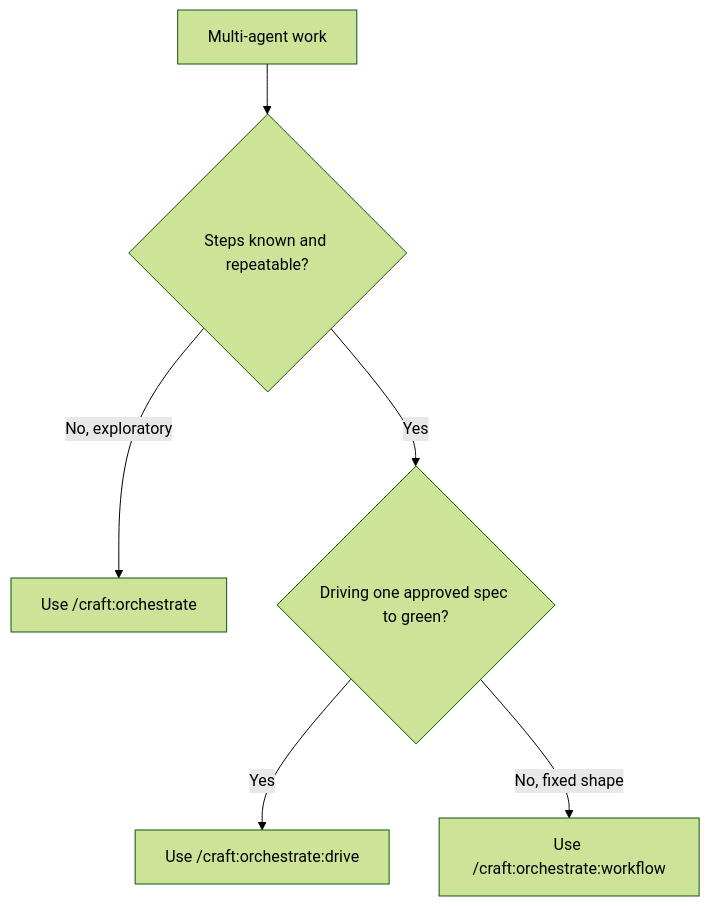
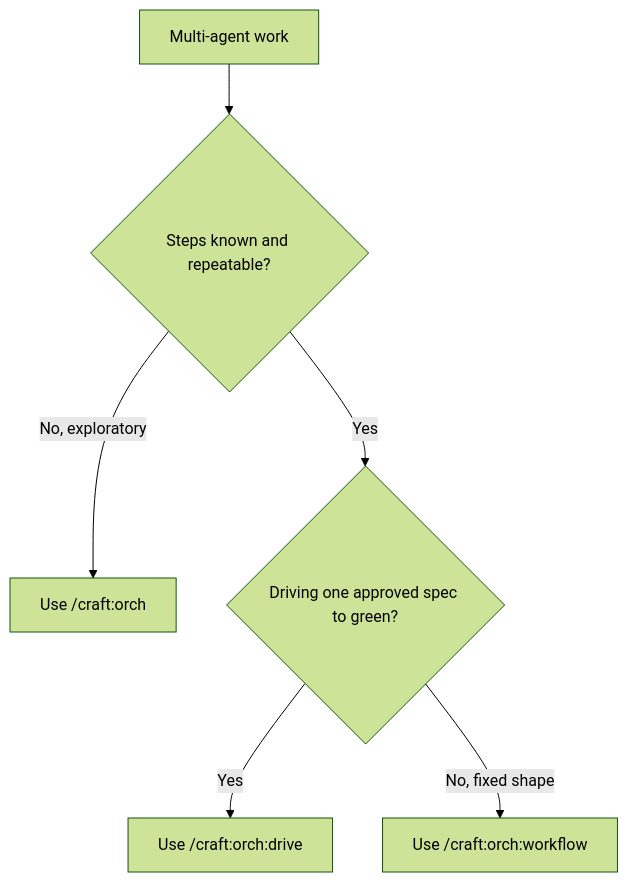
Before and after one commit to Data-Wise/craft: the diagram in docs/help/orchestrate-workflow.md, drawn with Mermaid (forest theme). The commit also changed other lines of this file and 98 other files, not shown here.

````diff
--- a/docs/help/orchestrate-workflow.md
+++ b/docs/help/orchestrate-workflow.md
@@ -22,8 +22,8 @@
 ```mermaid
 flowchart TD
     A[Multi-agent work] --> B{Steps known and repeatable?}
-    B -->|No, exploratory| C[Use /craft:orchestrate]
+    B -->|No, exploratory| C[Use /craft:orch]
     B -->|Yes| D{Driving one approved spec to green?}
-    D -->|Yes| E[Use /craft:orchestrate:drive]
-    D -->|No, fixed shape| F[Use /craft:orchestrate:workflow]
+    D -->|Yes| E[Use /craft:orch:drive]
+    D -->|No, fixed shape| F[Use /craft:orch:workflow]
 ```
````
